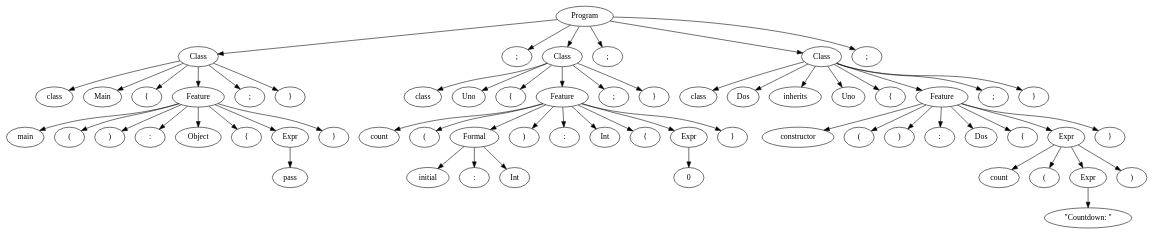
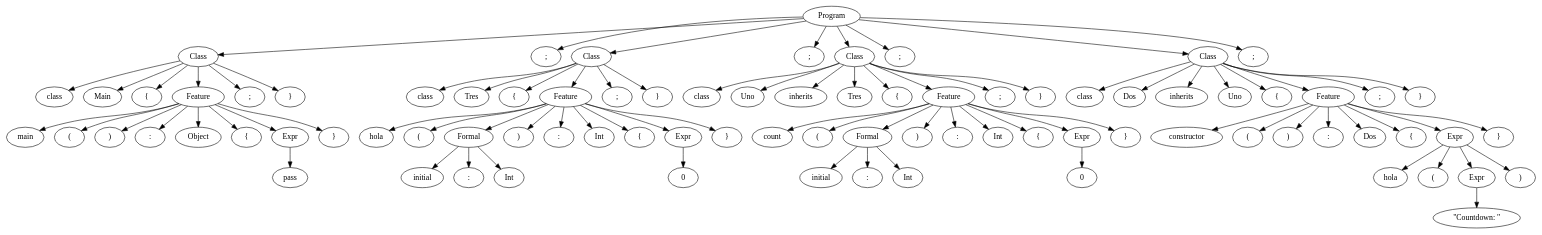
The diagram in output.gv (Manuel-Archila/Proyecto0_CC), drawn with Graphviz before and after one commit. The commit also changed 4 other files, not shown here.

```diff
--- a/output.gv
+++ b/output.gv
@@ -1,125 +1,171 @@
 digraph {
 	0 [label=Program]
 	0 -> 1
 	1 [label=Class]
 	1 -> 2
 	2 [label=class]
 	1 -> 3
 	3 [label=Main]
 	1 -> 4
 	4 [label="{"]
 	1 -> 5
 	5 [label=Feature]
 	5 -> 6
 	6 [label=main]
 	5 -> 7
 	7 [label="("]
 	5 -> 8
 	8 [label=")"]
 	5 -> 9
 	9 [label=":"]
 	5 -> 10
 	10 [label=Object]
 	5 -> 11
 	11 [label="{"]
 	5 -> 12
 	12 [label=Expr]
 	12 -> 13
 	13 [label=pass]
 	5 -> 14
 	14 [label="}"]
 	1 -> 15
 	15 [label=";"]
 	1 -> 16
 	16 [label="}"]
 	0 -> 17
 	17 [label=";"]
 	0 -> 18
 	18 [label=Class]
 	18 -> 19
 	19 [label=class]
 	18 -> 20
-	20 [label=Uno]
+	20 [label=Tres]
 	18 -> 21
 	21 [label="{"]
 	18 -> 22
 	22 [label=Feature]
 	22 -> 23
-	23 [label=count]
+	23 [label=hola]
 	22 -> 24
 	24 [label="("]
 	22 -> 25
 	25 [label=Formal]
 	25 -> 26
 	26 [label=initial]
 	25 -> 27
 	27 [label=":"]
 	25 -> 28
 	28 [label=Int]
 	22 -> 29
 	29 [label=")"]
 	22 -> 30
 	30 [label=":"]
 	22 -> 31
 	31 [label=Int]
 	22 -> 32
 	32 [label="{"]
 	22 -> 33
 	33 [label=Expr]
 	33 -> 34
 	34 [label=0]
 	22 -> 35
 	35 [label="}"]
 	18 -> 36
 	36 [label=";"]
 	18 -> 37
 	37 [label="}"]
 	0 -> 38
 	38 [label=";"]
 	0 -> 39
 	39 [label=Class]
 	39 -> 40
 	40 [label=class]
 	39 -> 41
-	41 [label=Dos]
+	41 [label=Uno]
 	39 -> 42
 	42 [label=inherits]
 	39 -> 43
-	43 [label=Uno]
+	43 [label=Tres]
 	39 -> 44
 	44 [label="{"]
 	39 -> 45
 	45 [label=Feature]
 	45 -> 46
-	46 [label=constructor]
+	46 [label=count]
 	45 -> 47
 	47 [label="("]
 	45 -> 48
-	48 [label=")"]
-	45 -> 49
-	49 [label=":"]
-	45 -> 50
-	50 [label=Dos]
-	45 -> 51
-	51 [label="{"]
+	48 [label=Formal]
+	48 -> 49
+	49 [label=initial]
+	48 -> 50
+	50 [label=":"]
+	48 -> 51
+	51 [label=Int]
 	45 -> 52
-	52 [label=Expr]
-	52 -> 53
-	53 [label=count]
-	52 -> 54
-	54 [label="("]
-	52 -> 55
-	55 [label=Expr]
-	55 -> 56
-	56 [label="\"Countdown: \""]
-	52 -> 57
-	57 [label=")"]
+	52 [label=")"]
+	45 -> 53
+	53 [label=":"]
+	45 -> 54
+	54 [label=Int]
+	45 -> 55
+	55 [label="{"]
+	45 -> 56
+	56 [label=Expr]
+	56 -> 57
+	57 [label=0]
 	45 -> 58
 	58 [label="}"]
 	39 -> 59
 	59 [label=";"]
 	39 -> 60
 	60 [label="}"]
 	0 -> 61
 	61 [label=";"]
+	0 -> 62
+	62 [label=Class]
+	62 -> 63
+	63 [label=class]
+	62 -> 64
+	64 [label=Dos]
+	62 -> 65
+	65 [label=inherits]
+	62 -> 66
+	66 [label=Uno]
+	62 -> 67
+	67 [label="{"]
+	62 -> 68
+	68 [label=Feature]
+	68 -> 69
+	69 [label=constructor]
+	68 -> 70
+	70 [label="("]
+	68 -> 71
+	71 [label=")"]
+	68 -> 72
+	72 [label=":"]
+	68 -> 73
+	73 [label=Dos]
+	68 -> 74
+	74 [label="{"]
+	68 -> 75
+	75 [label=Expr]
+	75 -> 76
+	76 [label=hola]
+	75 -> 77
+	77 [label="("]
+	75 -> 78
+	78 [label=Expr]
+	78 -> 79
+	79 [label="\"Countdown: \""]
+	75 -> 80
+	80 [label=")"]
+	68 -> 81
+	81 [label="}"]
+	62 -> 82
+	82 [label=";"]
+	62 -> 83
+	83 [label="}"]
+	0 -> 84
+	84 [label=";"]
 }
```
